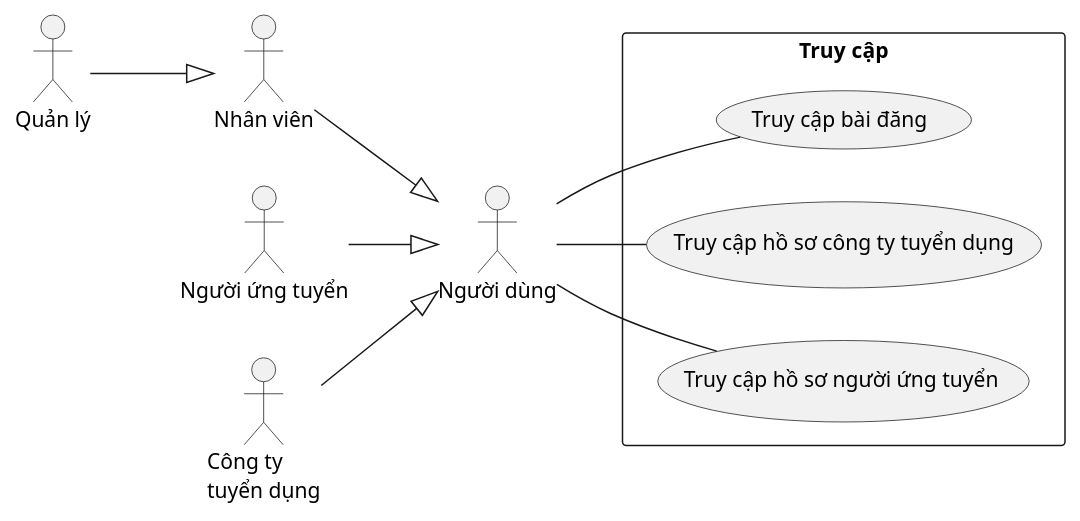
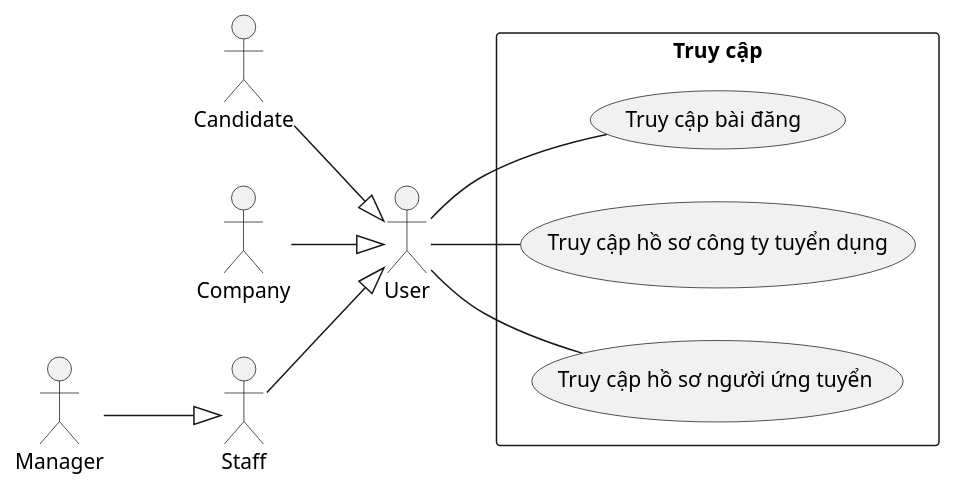
The diagram in Lab1/Lab 1.2 Diagram/Use case/FilePUML/13. TruyCap.puml (Griselda4774/EAS-EmploymentAssistanceSystem), drawn with PlantUML before and after one commit. The commit also changed 79 other files, not shown here.

```diff
--- a/Lab1/Lab 1.2 Diagram/Use case/FilePUML/13. TruyCap.puml
+++ b/Lab1/Lab 1.2 Diagram/Use case/FilePUML/13. TruyCap.puml
@@ -1,28 +1,28 @@
 @startuml TruyCap
 left to right direction
 
-actor "Người dùng" as nguoiDung
-actor "Quản lý" as quanLy
-actor "Nhân viên" as nhanVien
-actor "Người ứng tuyển" as nguoiUngTuyen
-actor "Công ty\ntuyển dụng" as congTyTuyenDung
+actor "User" as nguoiDung
+actor "Candidate" as nguoiUngTuyen
+actor "Company" as congTyTuyenDung
+actor "Staff" as nhanVien
+actor "Manager" as quanLy
 
 rectangle "Truy cập" {
     usecase "Truy cập bài đăng" as truyCapBaiDang
     usecase "Truy cập hồ sơ công ty tuyển dụng" as truyCapHoSoCongTy
     usecase "Truy cập hồ sơ người ứng tuyển" as truyCapHoSoNguoiUngTuyen
 }
 
 nguoiDung -- truyCapBaiDang
 nguoiDung -- truyCapHoSoCongTy
 nguoiDung -- truyCapHoSoNguoiUngTuyen
 
 nguoiUngTuyen --^ nguoiDung
 
 congTyTuyenDung --^ nguoiDung
 
 nhanVien --^ nguoiDung
 
 quanLy --^ nhanVien
 
 @enduml
```
